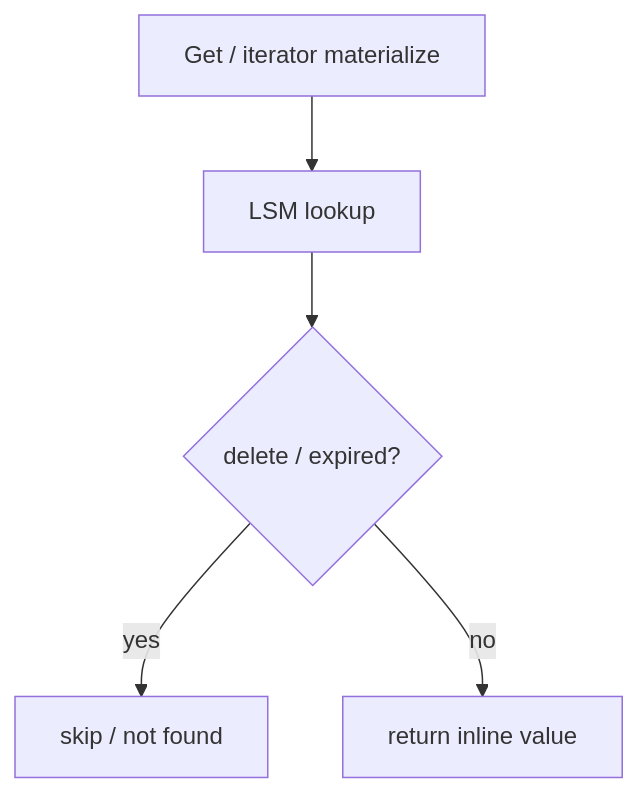
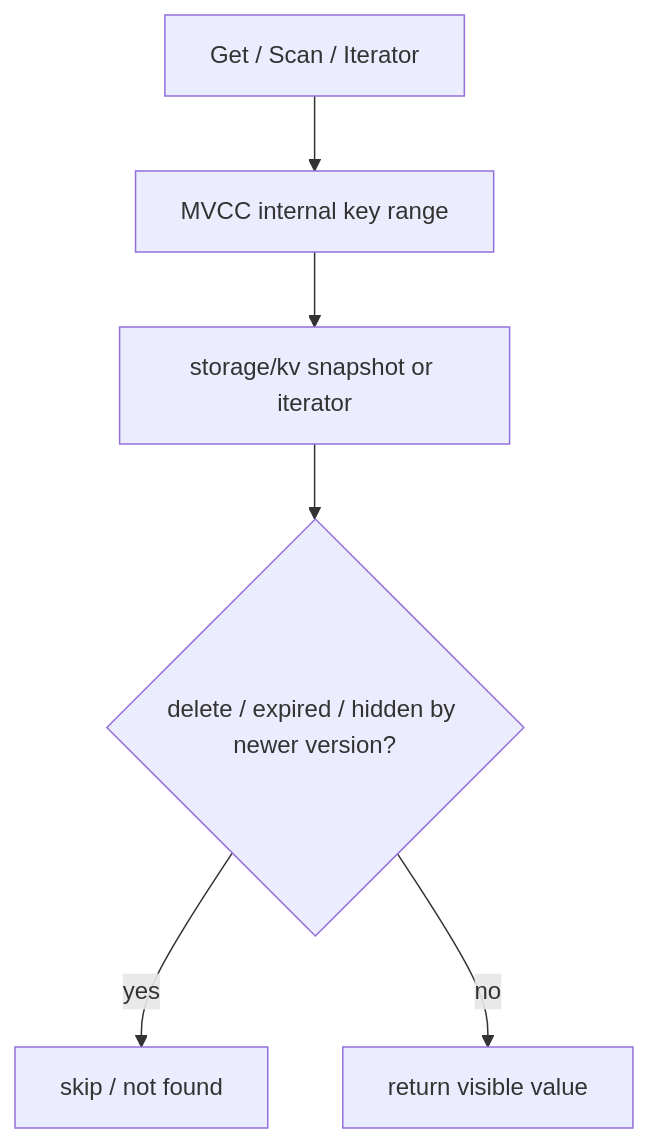
The second of 2 diagrams in docs/guide/entry.md (feichai0017/NoKV), drawn with Mermaid before and after one commit. The commit also changed other lines of this file and 144 other files, not shown here.

````diff
--- a/docs/guide/entry.md
+++ b/docs/guide/entry.md
@@ -61,7 +59,8 @@
 ```mermaid
 flowchart TD
-  A["Get / iterator materialize"] --> B["LSM lookup"]
-  B --> C{"delete / expired?"}
-  C -- yes --> D["skip / not found"]
-  C -- no --> E["return inline value"]
+  A["Get / Scan / Iterator"] --> B["MVCC internal key range"]
+  B --> C["storage/kv snapshot or iterator"]
+  C --> D{"delete / expired / hidden by newer version?"}
+  D -- yes --> E["skip / not found"]
+  D -- no --> F["return visible value"]
 ```
````
